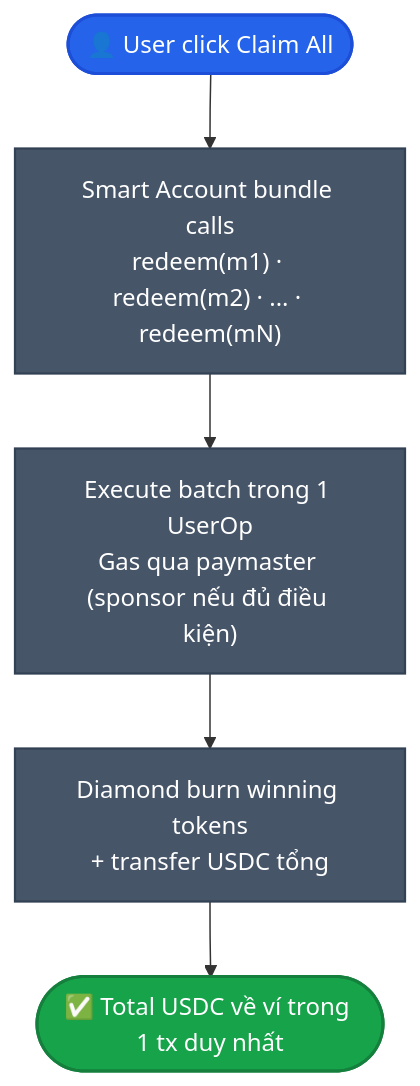
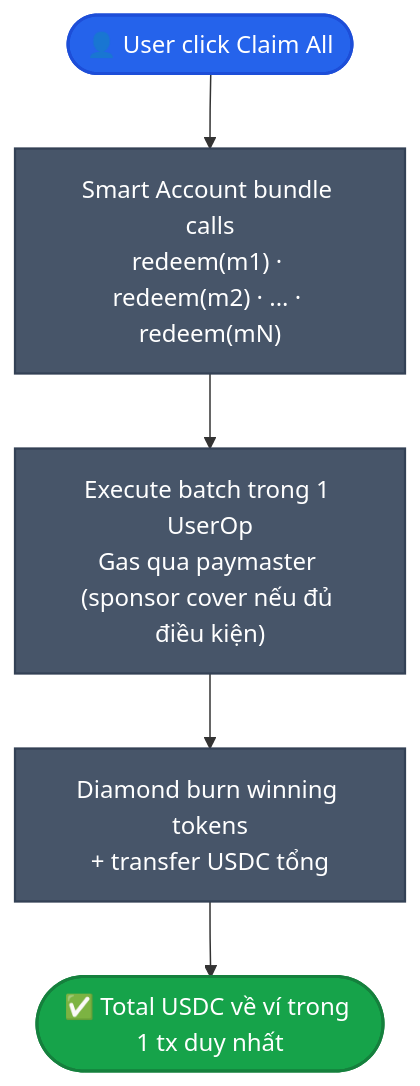
Before and after one commit to PrediX-Protocol/predix-docs: the first of 2 diagrams in vi_v6/huong-dan/redeem-va-claim.md, drawn with Mermaid. The commit also changed other lines of this file and 12 other files, not shown here.

````diff
--- a/vi_v6/huong-dan/redeem-va-claim.md
+++ b/vi_v6/huong-dan/redeem-va-claim.md
@@ -23,15 +23,15 @@
 ```mermaid
 flowchart TD
     Start(["👤 User click Claim All"])
     Start --> S1["Smart Account bundle calls<br/>redeem(m1) · redeem(m2) · ... · redeem(mN)"]
-    S1 --> S2["Execute batch trong 1 UserOp<br/>Gas qua paymaster (sponsor nếu đủ điều kiện)"]
+    S1 --> S2["Execute batch trong 1 UserOp<br/>Gas qua paymaster (sponsor cover nếu đủ điều kiện)"]
     S2 --> S3["Diamond burn winning tokens<br/>+ transfer USDC tổng"]
     S3 --> End(["✅ Total USDC về ví trong 1 tx duy nhất"])
 
     classDef st fill:#2563eb,stroke:#1d4ed8,color:#fff,stroke-width:2px
     classDef step fill:#475569,stroke:#334155,color:#fff,stroke-width:1.5px
     classDef ok fill:#16a34a,stroke:#15803d,color:#fff,stroke-width:2px
     class Start st
     class S1,S2,S3 step
     class End ok
 ```
````
